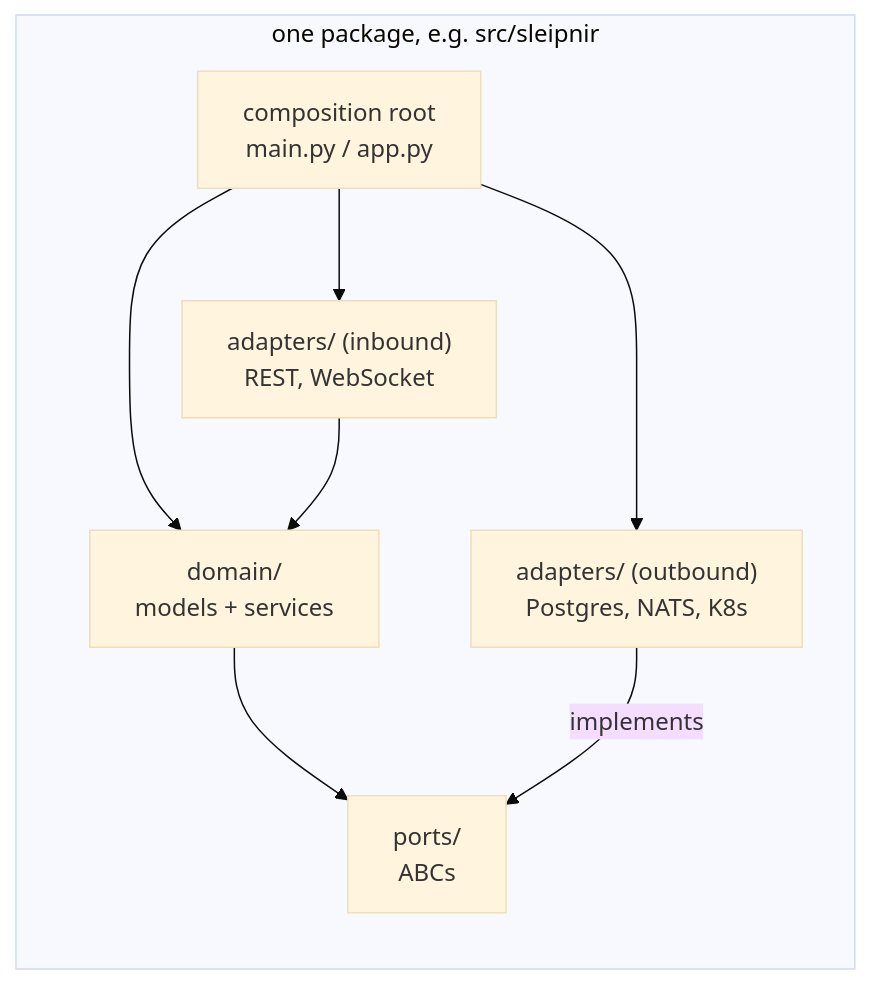
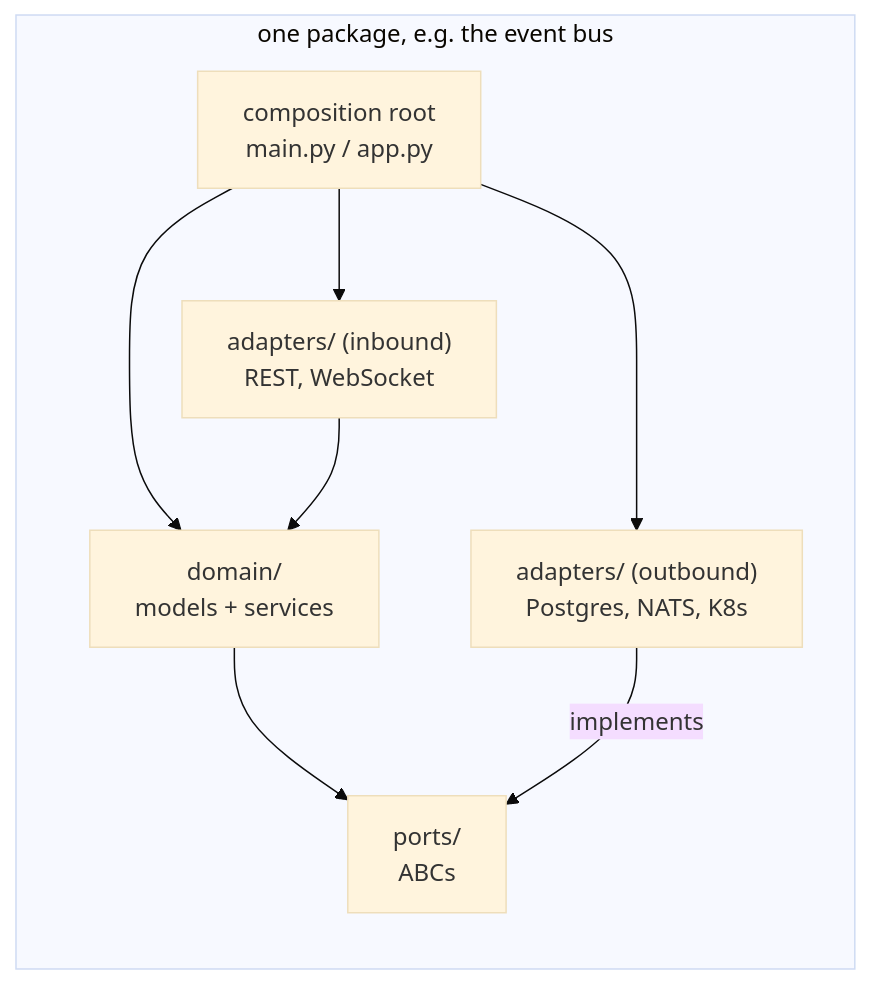
One commit to niuulabs/niuu changed the first of 2 diagrams in docs/site/architecture/design/layers.md. Above: the diagram before and after it, drawn with Mermaid (base theme). The commit also changed other lines of this file and 65 other files, not shown here.

````diff
--- a/docs/site/architecture/design/layers.md
+++ b/docs/site/architecture/design/layers.md
@@ -15,15 +15,15 @@
 ```mermaid
 flowchart TB
-    subgraph pkg["one package, e.g. src/sleipnir"]
+    subgraph pkg["one package, e.g. the event bus"]
         direction TB
         root["composition root<br/>main.py / app.py"]
         inb["adapters/ (inbound)<br/>REST, WebSocket"]
         dom["domain/<br/>models + services"]
         port["ports/<br/>ABCs"]
         outb["adapters/ (outbound)<br/>Postgres, NATS, K8s"]
     end
     root --> inb & outb & dom
     inb --> dom
     dom --> port
     outb -- implements --> port
 ```
````
